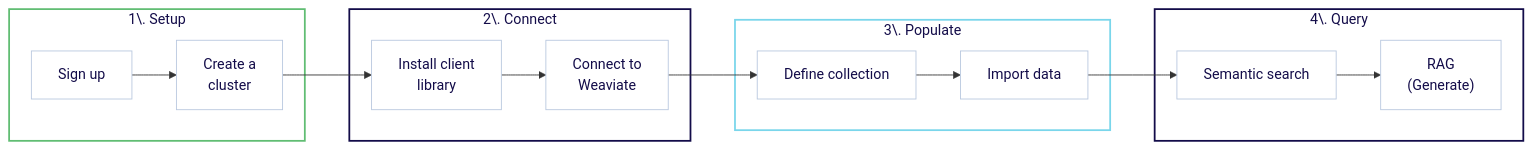
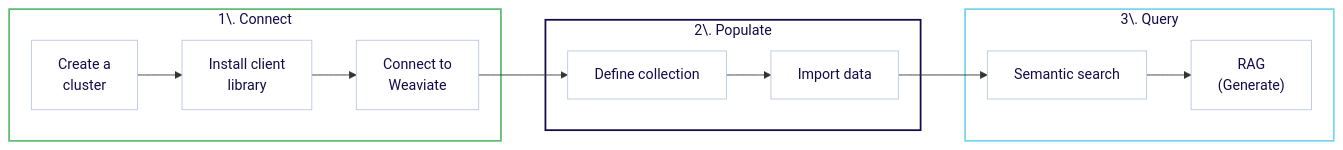
The first of 3 diagrams in docs/cloud/quickstart.mdx (weaviate/docs), drawn with Mermaid before and after one commit. The commit also changed other lines of this file and 52 other files, not shown here.

````diff
--- a/docs/cloud/quickstart.mdx
+++ b/docs/cloud/quickstart.mdx
@@ -23,48 +24,42 @@
 ```mermaid
 flowchart LR
     %% Define nodes with white backgrounds and darker borders
-    A1["Sign up"] --> A2["Create a<br> cluster"]
-    A2 --> B1["Install client<br> library"]
-    B1 --> B2["Connect to<br> Weaviate"]
-    B2 --> C1["Define collection"]
-    C1 --> C2["Import data"]
-    C2 --> D1["Semantic search"]
-    D1 --> D2["RAG<br> (Generate)"]
+    A1["Create a<br> cluster"] --> A2["Install client<br> library"]
+    A2 --> A3["Connect to<br> Weaviate"]
+    A3 --> B1["Define collection"]
+    B1 --> B2["Import data"]
+    B2 --> C1["Semantic search"]
+    C1 --> C2["RAG<br> (Generate)"]
 
     %% Group nodes in subgraphs with brand colors
-    subgraph sg1 ["1\. Setup"]
+
+    subgraph sg1 ["1\. Connect"]
         A1
         A2
+        A3
     end
 
-    subgraph sg2 ["2\. Connect"]
+    subgraph sg2 ["2\. Populate"]
         B1
         B2
     end
 
-    subgraph sg3 ["3\. Populate"]
+    subgraph sg3 ["3\. Query"]
         C1
         C2
-    end
-
-    subgraph sg4 ["4\. Query"]
-        D1
-        D2
     end
 
     %% Style nodes with white background and darker borders
     style A1 fill:#ffffff,stroke:#B9C8DF,color:#130C49
     style A2 fill:#ffffff,stroke:#B9C8DF,color:#130C49
+    style A3 fill:#ffffff,stroke:#B9C8DF,color:#130C49
     style B1 fill:#ffffff,stroke:#B9C8DF,color:#130C49
     style B2 fill:#ffffff,stroke:#B9C8DF,color:#130C49
     style C1 fill:#ffffff,stroke:#B9C8DF,color:#130C49
     style C2 fill:#ffffff,stroke:#B9C8DF,color:#130C49
-    style D1 fill:#ffffff,stroke:#B9C8DF,color:#130C49
-    style D2 fill:#ffffff,stroke:#B9C8DF,color:#130C49
 
     %% Style subgraphs with brand colors
     style sg1 fill:#ffffff,stroke:#61BD73,stroke-width:2px,color:#130C49
     style sg2 fill:#ffffff,stroke:#130C49,stroke-width:2px,color:#130C49
     style sg3 fill:#ffffff,stroke:#7AD6EB,stroke-width:2px,color:#130C49
-    style sg4 fill:#ffffff,stroke:#130C49,stroke-width:2px,color:#130C49
 ```
````
